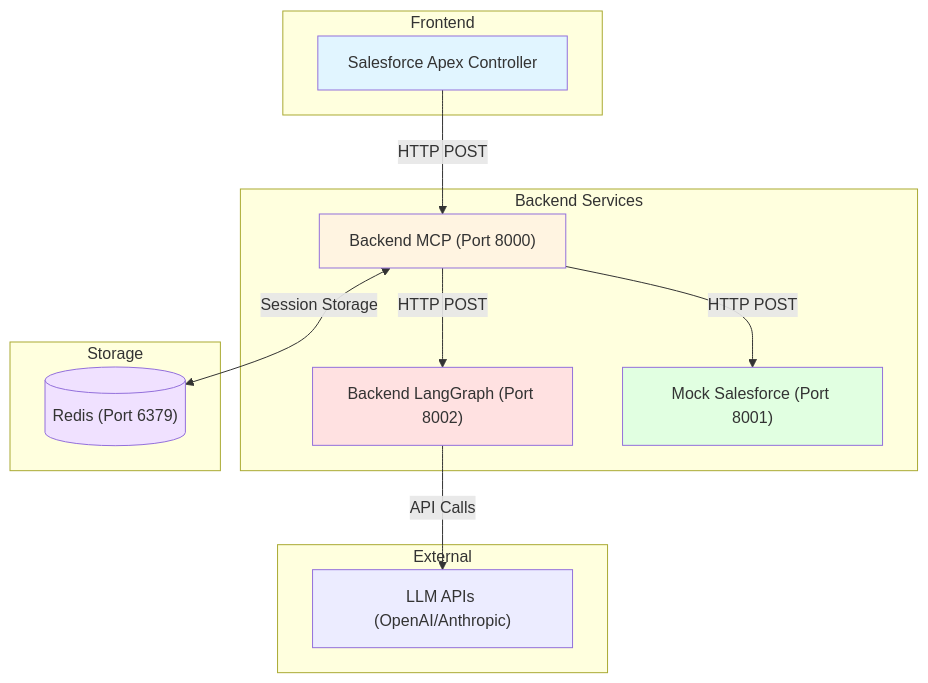
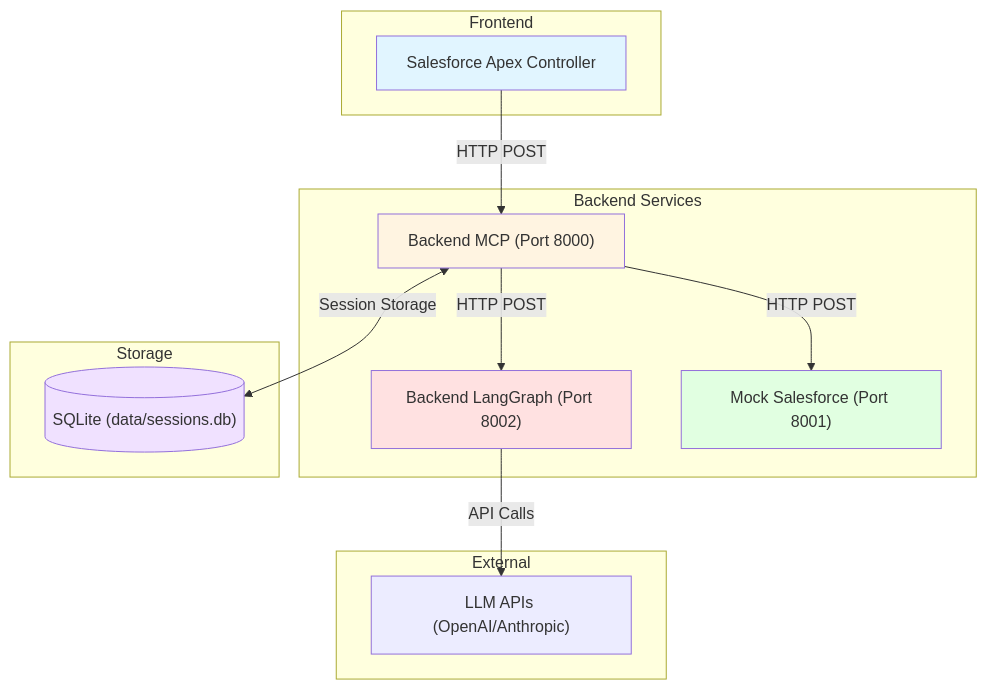
The first of 6 diagrams in docs/ARCHITECTURE.md (Yasser1AITLAZIZ/sfd-clm), drawn with Mermaid before and after one commit. The commit also changed other lines of this file and 40 other files, not shown here.

````diff
--- a/docs/ARCHITECTURE.md
+++ b/docs/ARCHITECTURE.md
@@ -18,32 +18,32 @@
 ```mermaid
 graph TB
     subgraph Frontend["Frontend"]
         SF["Salesforce Apex Controller"]
     end
     
     subgraph BackendServices["Backend Services"]
         MCP["Backend MCP (Port 8000)"]
         LG["Backend LangGraph (Port 8002)"]
         MSF["Mock Salesforce (Port 8001)"]
     end
     
     subgraph Storage["Storage"]
-        REDIS[("Redis (Port 6379)")]
+        SQLITE[("SQLite (data/sessions.db)")]
     end
     
     subgraph External["External"]
         LLM["LLM APIs (OpenAI/Anthropic)"]
     end
     
     SF -->|"HTTP POST"| MCP
     MCP -->|"HTTP POST"| MSF
     MCP -->|"HTTP POST"| LG
-    MCP <-->|"Session Storage"| REDIS
+    MCP <-->|"Session Storage"| SQLITE
     LG -->|"API Calls"| LLM
     
     style SF fill:#e1f5ff
     style MCP fill:#fff4e1
     style LG fill:#ffe1e1
     style MSF fill:#e1ffe1
-    style REDIS fill:#f0e1ff
+    style SQLITE fill:#f0e1ff
 ```
````
